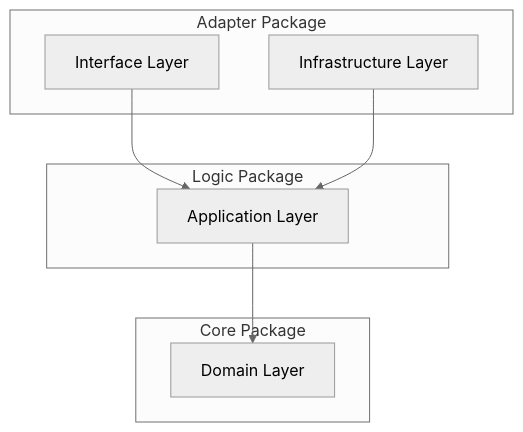
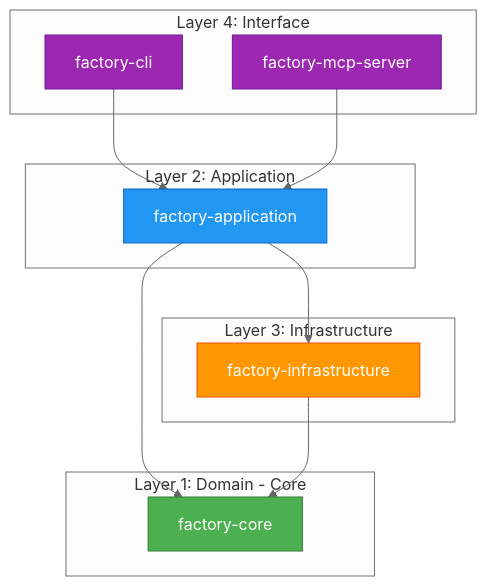
Before and after one commit to lgcorzo/rust_CACD_autonomous_factory: the fourth of 5 diagrams in wiki/STRATEGIC-DESIGN.md, drawn with Mermaid (neutral theme). The commit also changed other lines of this file and 15 other files, not shown here.

````diff
--- a/wiki/STRATEGIC-DESIGN.md
+++ b/wiki/STRATEGIC-DESIGN.md
@@ -78,17 +141,28 @@
 ```mermaid
-graph TD
-    subgraph "Core Package"
-        D["Domain Layer"]
+graph TB
+    subgraph "Layer 4: Interface"
+        CLI_L["factory-cli"]
+        MCP_L["factory-mcp-server"]
     end
-    subgraph "Logic Package"
-        A["Application Layer"]
+    subgraph "Layer 3: Infrastructure"
+        INFRA_L["factory-infrastructure"]
     end
-    subgraph "Adapter Package"
-        I["Infrastructure Layer"]
-        F["Interface Layer"]
+    subgraph "Layer 2: Application"
+        APP_L["factory-application"]
+    end
+    subgraph "Layer 1: Domain - Core"
+        CORE_L["factory-core"]
     end
 
-    F --> A
-    I --> A
-    A --> D
+    CLI_L --> APP_L
+    MCP_L --> APP_L
+    APP_L --> CORE_L
+    APP_L --> INFRA_L
+    INFRA_L --> CORE_L
+
+    style CORE_L fill:#4CAF50,stroke:#2E7D32,color:#fff
+    style APP_L fill:#2196F3,stroke:#1565C0,color:#fff
+    style INFRA_L fill:#FF9800,stroke:#E65100,color:#fff
+    style CLI_L fill:#9C27B0,stroke:#6A1B9A,color:#fff
+    style MCP_L fill:#9C27B0,stroke:#6A1B9A,color:#fff
 ```
````
